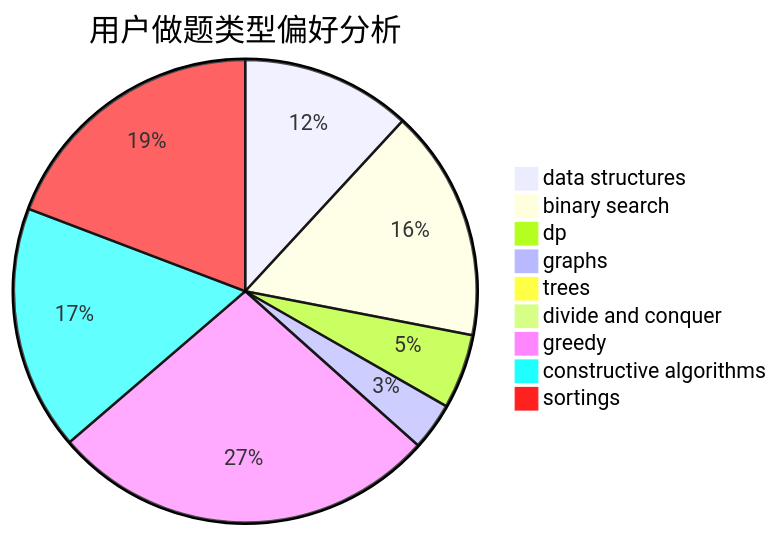
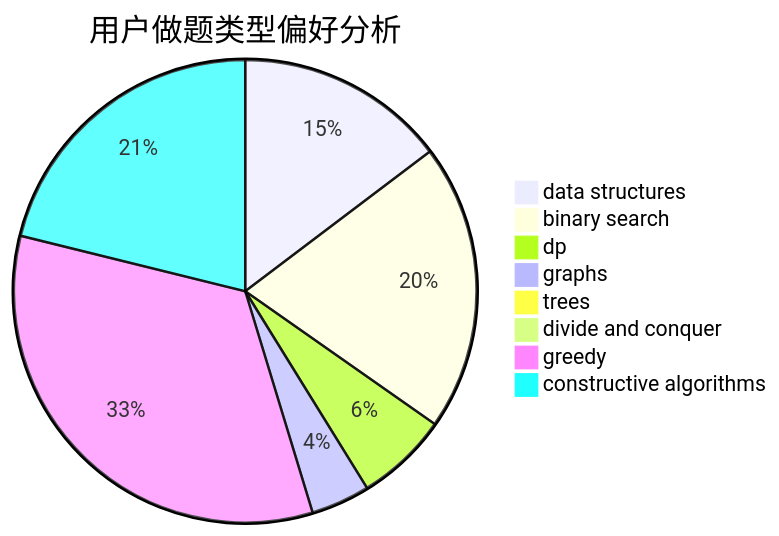
Before and after one commit to sherpahu/cfrs.github.io: the second of 3 diagrams in docs/user/u1541.md, drawn with Mermaid. The commit also changed other lines of this file and 2769 other files, not shown here.

````diff
--- a/docs/user/u1541.md
+++ b/docs/user/u1541.md
@@ -18,12 +18,11 @@
 ```mermaid
 pie title 用户做题类型偏好分析
     "data structures" :  239
     "binary search" :  326
     "dp" :  105
     "graphs" :  67
     "trees" :  10
     "divide and conquer" :  1
     "greedy" :  546
     "constructive algorithms" :  344
-    "sortings" :  387
 ```
````
